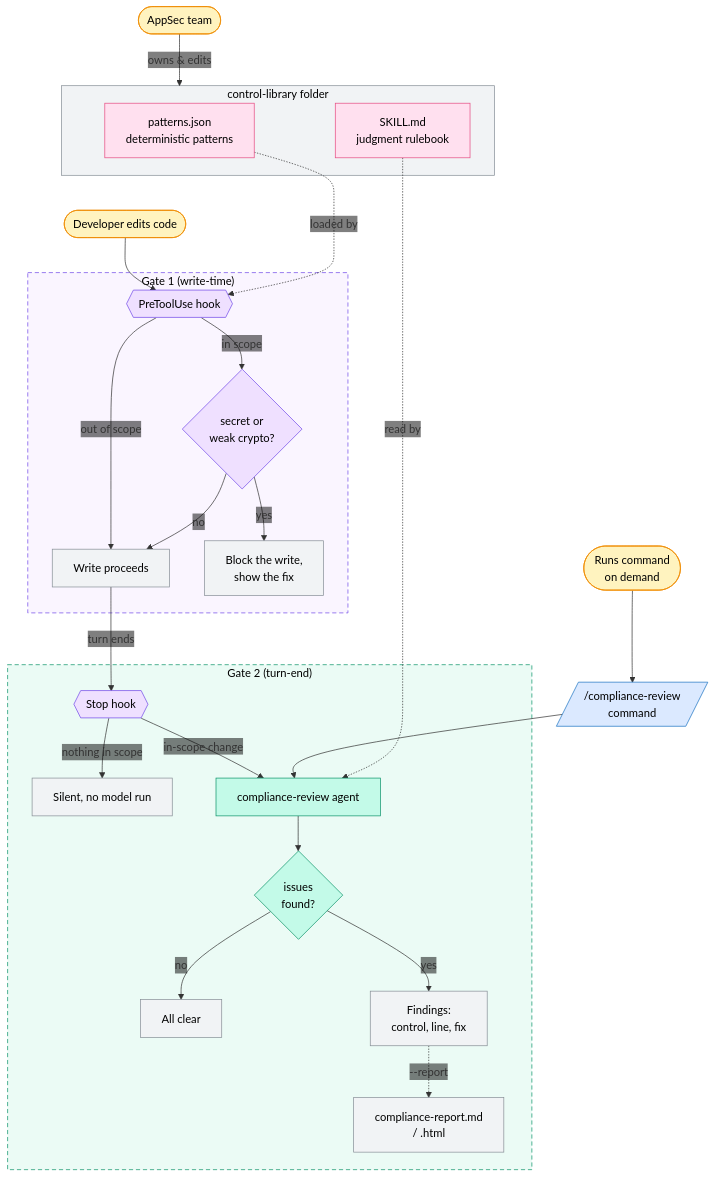
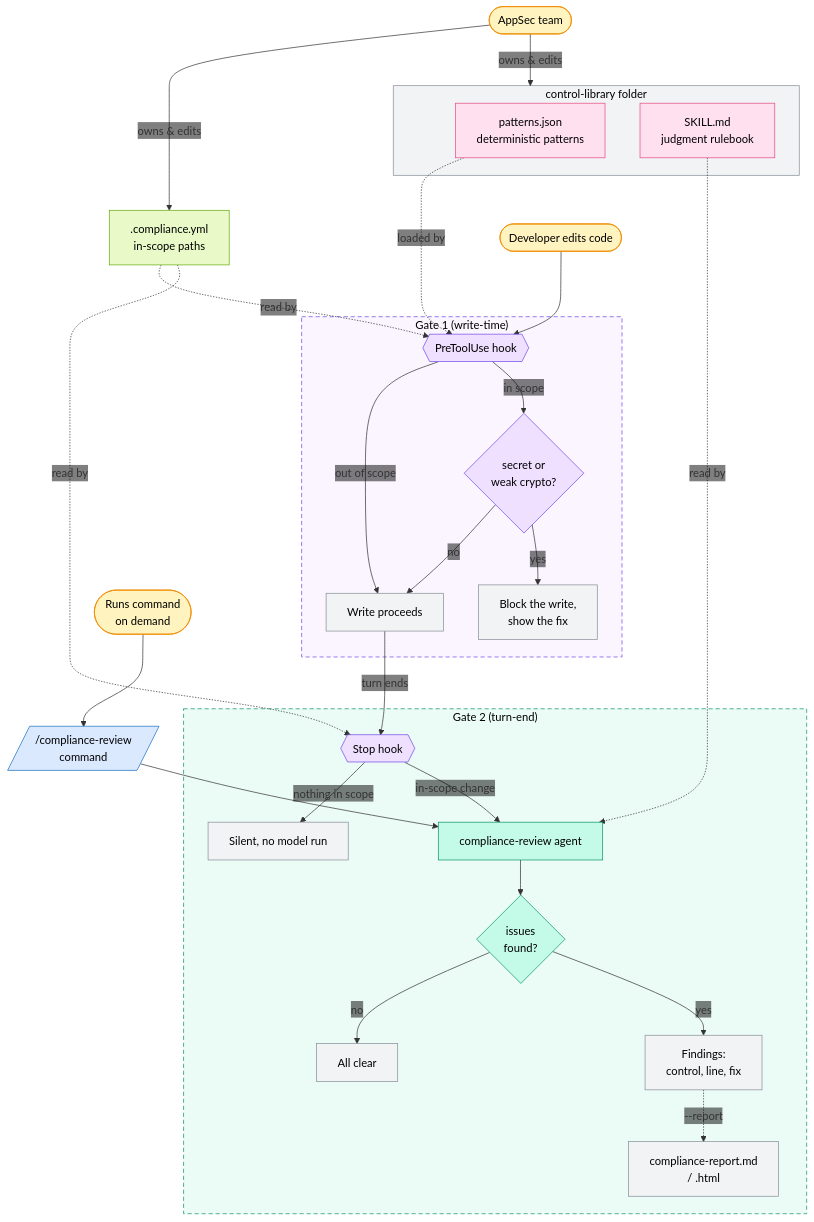
Before and after one commit to Juantomasgomez7/compliance-support: the second of 2 diagrams in README.md, drawn with Mermaid. The commit also changed other lines of this file, not shown here.

Commit message:
docs: add the AppSec-owned scope file to the architecture diagram
The narration and the governance section both treat .compliance.yml as
the fence line AppSec owns, but the diagram never showed it — the
in-scope/out-of-scope branches appeared out of nowhere. It is now a
config node under AppSec's 'owns & edits' arrow, read by both hooks,
with a new Config-file chip in the key.

````diff
--- a/README.md
+++ b/README.md
@@ -73,61 +74,66 @@
 ```mermaid
 %%{init: {'themeVariables': {'edgeLabelBackground': 'transparent'}}}%%
 flowchart TD
     classDef human fill:#fff3bf,stroke:#f08c00,color:#000000
     classDef hook fill:#efe0ff,stroke:#7048e8,color:#000000
     classDef agent fill:#c3fae8,stroke:#099268,color:#000000
     classDef skill fill:#ffe0ef,stroke:#e64980,color:#000000
     classDef command fill:#dbe9ff,stroke:#1971c2,color:#000000
     classDef state fill:#f1f3f5,stroke:#868e96,color:#000000
+    classDef config fill:#e9fac8,stroke:#66a80f,color:#000000
 
     APPSEC(["AppSec team"]) -->|"owns & edits"| CL
+    APPSEC -->|"owns & edits"| SCOPE[".compliance.yml<br/>in-scope paths"]
     subgraph CL["control-library folder"]
         PATT["patterns.json<br/>deterministic patterns"]
         SKILLMD["SKILL.md<br/>judgment rulebook"]
     end
     CL ~~~ DEV([Developer edits code])
 
     subgraph G1["Gate 1 (write-time)"]
         H1{{"PreToolUse hook"}}
         VIOL{"secret or<br/>weak crypto?"}
         SAVE["Write proceeds"]
         BLOCK["Block the write,<br/>show the fix"]
     end
 
     subgraph G2["Gate 2 (turn-end)"]
         H2{{"Stop hook"}}
         SILENT["Silent, no model run"]
         AGENT["compliance-review agent"]
         REVIEW{"issues<br/>found?"}
         CLEAN["All clear"]
         OUT["Findings:<br/>control, line, fix"]
         REPORT["compliance-report.md<br/>/ .html"]
     end
 
     DEV --> H1
     PATT -.->|"loaded by"| H1
+    SCOPE -.->|"read by"| H1
+    SCOPE -.->|"read by"| H2
     H1 -->|"out of scope"| SAVE
     H1 -->|"in scope"| VIOL
     VIOL -->|"no"| SAVE
     VIOL -->|"yes"| BLOCK
     SAVE -->|"turn ends"| H2
     H2 -->|"nothing in scope"| SILENT
     H2 -->|"in-scope change"| AGENT
     RUN(["Runs command<br/>on demand"]) --> CMD[/"/compliance-review<br/>command"/]
     CMD --> AGENT
     SKILLMD -.->|"read by"| AGENT
     AGENT --> REVIEW
     REVIEW -->|"no"| CLEAN
     REVIEW -->|"yes"| OUT
     OUT -.->|"--report"| REPORT
 
     class DEV,APPSEC,RUN human
     class H1,H2,VIOL hook
     class AGENT,REVIEW agent
     class PATT,SKILLMD skill
+    class SCOPE config
     class CMD command
     class BLOCK,SAVE,SILENT,OUT,CLEAN,REPORT state
     style CL fill:#f1f3f5,stroke:#868e96,color:#000000
     style G1 fill:#faf5ff,stroke:#7048e8,stroke-dasharray:6 4,color:#000000
     style G2 fill:#ebfbf5,stroke:#099268,stroke-dasharray:6 4,color:#000000
 ```
````
